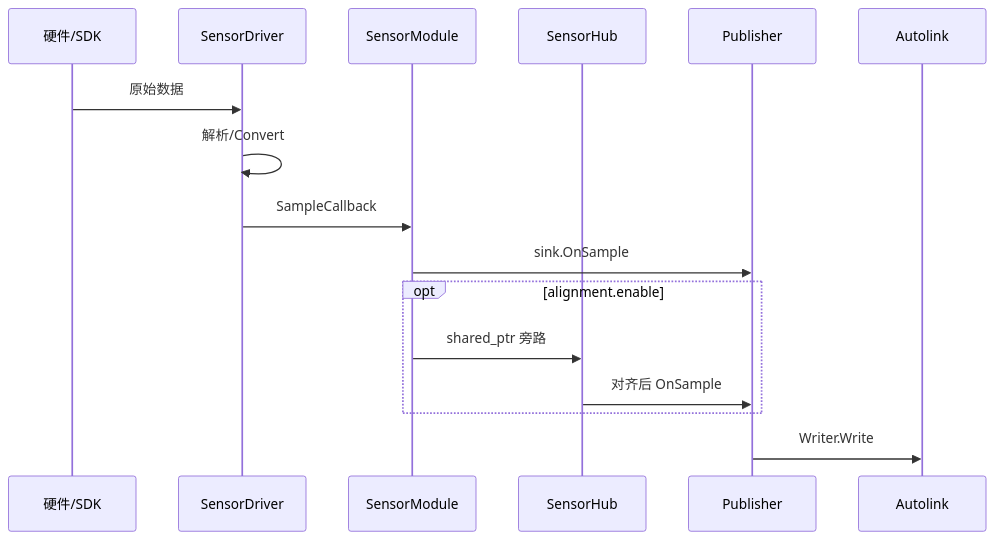
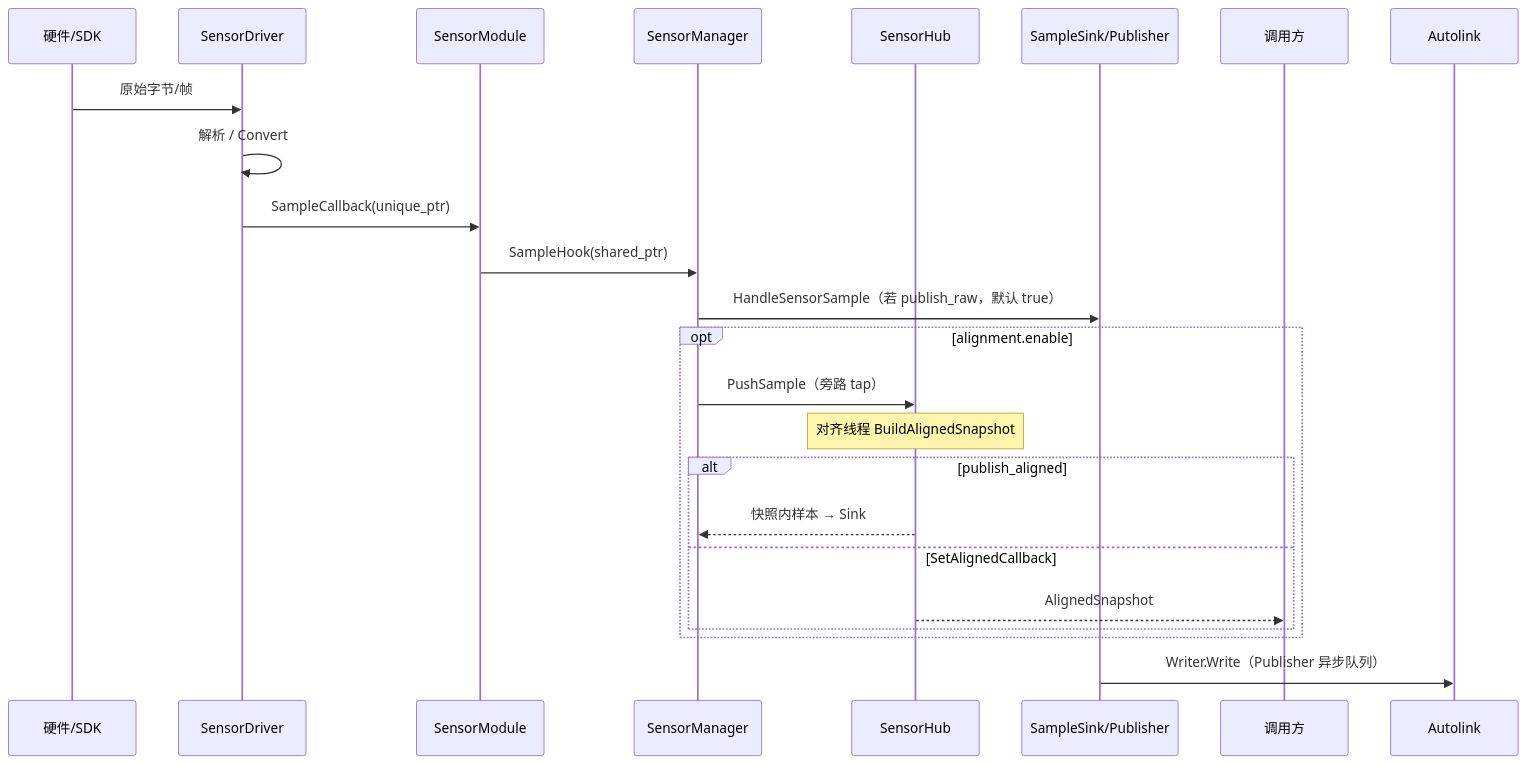
One commit to quandy2020/autonomy changed the diagram in autodriver/docs/source/guide/dataflow.md. Above: the diagram before and after it, drawn with Mermaid. The commit also changed other lines of this file and 131 other files, not shown here.

````diff
--- a/autodriver/docs/source/guide/dataflow.md
+++ b/autodriver/docs/source/guide/dataflow.md
@@ -7,18 +14,26 @@
 ```mermaid
 sequenceDiagram
   participant HW as 硬件/SDK
   participant Drv as SensorDriver
   participant Mod as SensorModule
+  participant SM as SensorManager
   participant Hub as SensorHub
-  participant Pub as Publisher
+  participant Sink as SampleSink/Publisher
+  participant App as 调用方
   participant AL as Autolink
-  HW->>Drv: 原始数据
-  Drv->>Drv: 解析/Convert
-  Drv->>Mod: SampleCallback
-  Mod->>Pub: sink.OnSample
+  HW->>Drv: 原始字节/帧
+  Drv->>Drv: 解析 / Convert
+  Drv->>Mod: SampleCallback(unique_ptr)
+  Mod->>SM: SampleHook(shared_ptr)
+  SM->>Sink: HandleSensorSample（若 publish_raw，默认 true）
   opt alignment.enable
-    Mod->>Hub: shared_ptr 旁路
-    Hub->>Pub: 对齐后 OnSample
+    SM->>Hub: PushSample（旁路 tap）
+    Note over Hub: 对齐线程 BuildAlignedSnapshot
+    alt publish_aligned
+      Hub-->>SM: 快照内样本 → Sink
+    else SetAlignedCallback
+      Hub-->>App: AlignedSnapshot
+    end
   end
-  Pub->>AL: Writer.Write
+  Sink->>AL: Writer.Write（Publisher 异步队列）
 ```
````
